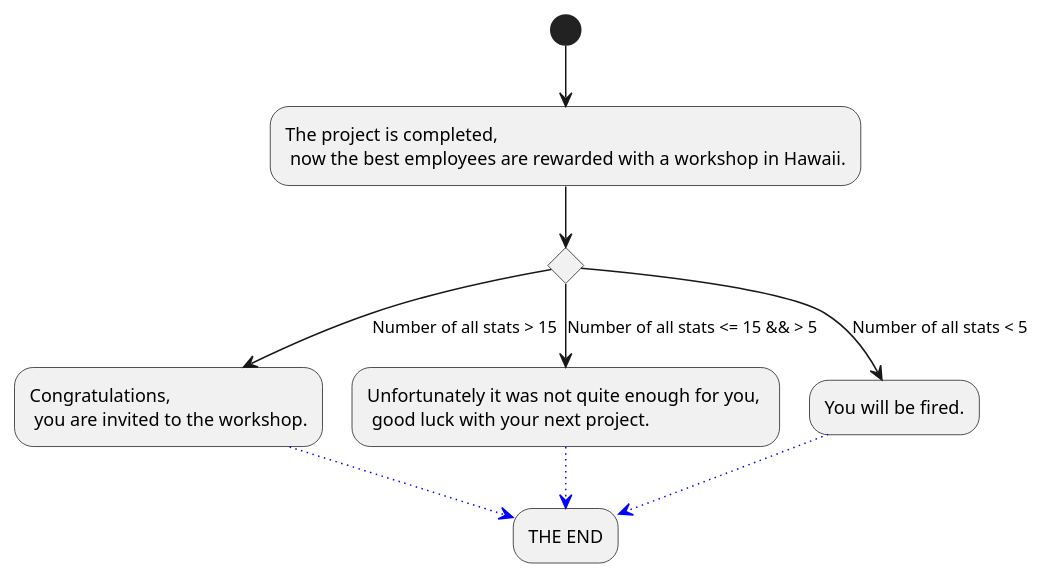
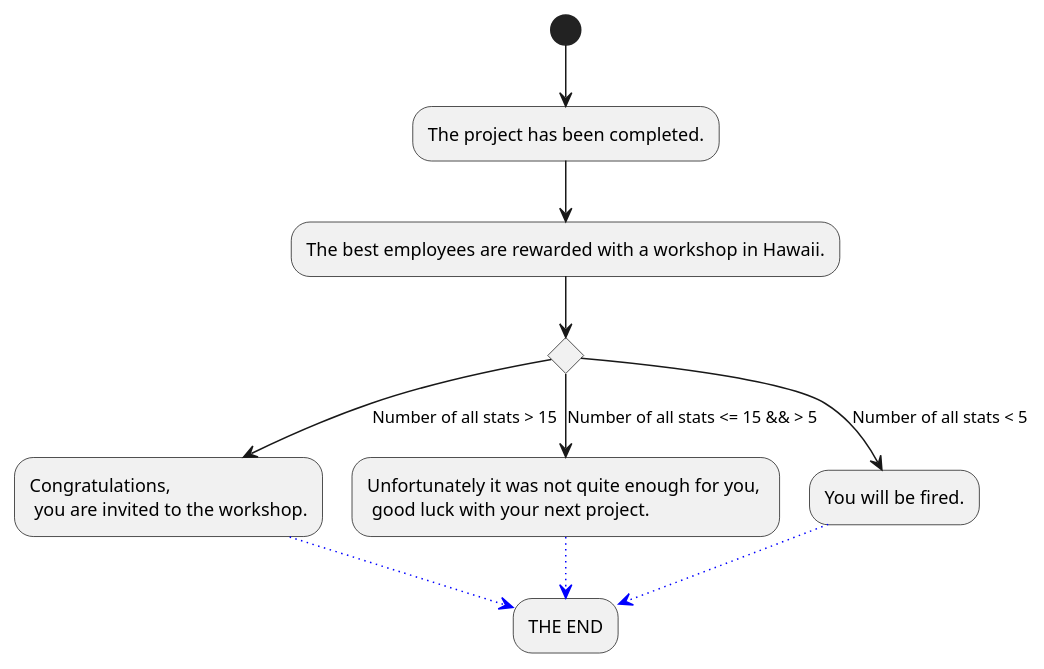
Before and after one commit to Brotenko/QualityQuest: the diagram in Docs/Technical Specifications/docs/diagrams/StoryFlow/StoryFlow_Decision_15.puml, drawn with PlantUML. The commit also changed 14 other files, not shown here.

```diff
--- a/Docs/Technical Specifications/docs/diagrams/StoryFlow/StoryFlow_Decision_15.puml
+++ b/Docs/Technical Specifications/docs/diagrams/StoryFlow/StoryFlow_Decision_15.puml
@@ -1,12 +1,13 @@
 @startuml
-(*) --> "The project is completed, \n now the best employees are rewarded with a workshop in Hawaii." as shop
+(*) --> "The project has been completed."
+--> "The best employees are rewarded with a workshop in Hawaii."
 if "" then
 --> [Number of all stats > 15] "Congratulations, \n you are invited to the workshop." as a
 else 
 --> [Number of all stats <= 15 && > 5] "Unfortunately it was not quite enough for you, \n good luck with your next project." as b
 else
 --> [Number of all stats < 5] "You will be fired."
 -[#blue,dotted]-> "THE END" as ende
 a -[#blue,dotted]-> ende
 b -[#blue,dotted]-> ende
 @enduml
```
